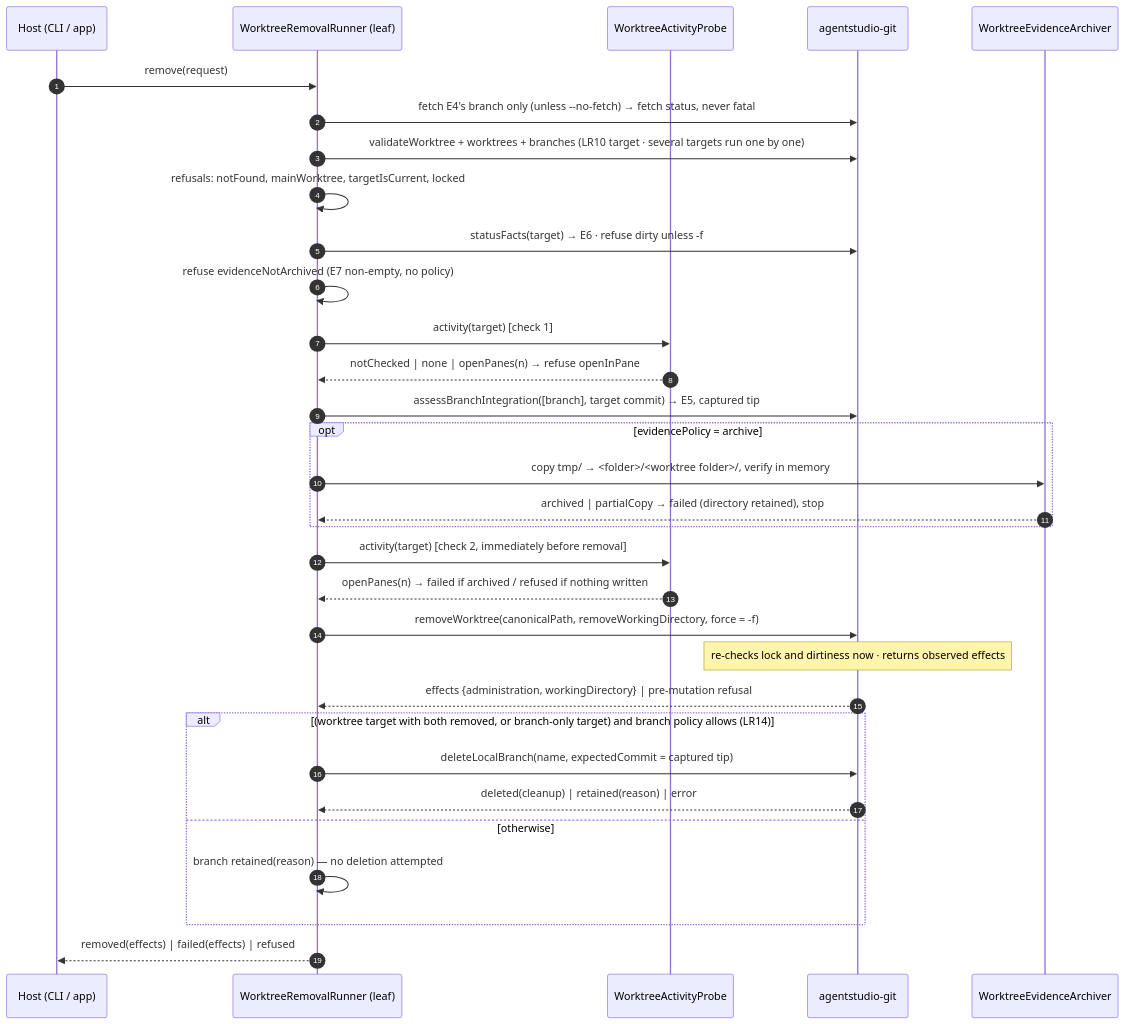
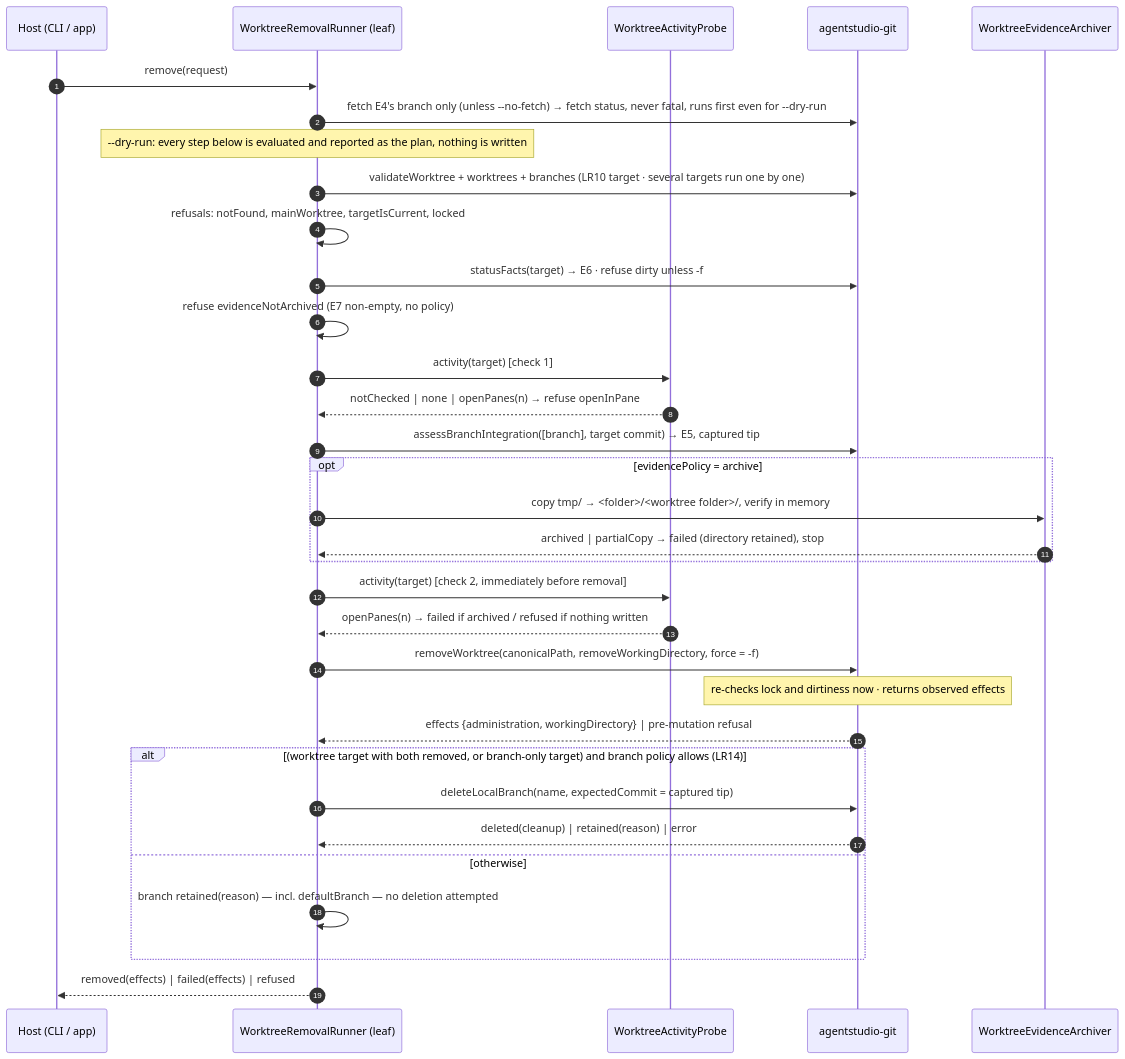
The fifth of 8 diagrams in docs/specs/2026-09-30-worktree-lifecycle/2026-09-30-worktree-lifecycle-program-design.md (getagentstudio/agentstudio), drawn with Mermaid before and after one commit. The commit also changed other lines of this file and 1 other file, not shown here.

Commit message:
Settle fetch effects, lock facts, several-target results and default-branch scope

````diff
--- a/docs/specs/2026-09-30-worktree-lifecycle/2026-09-30-worktree-lifecycle-program-design.md
+++ b/docs/specs/2026-09-30-worktree-lifecycle/2026-09-30-worktree-lifecycle-program-design.md
@@ -414,34 +439,35 @@
 ```mermaid
 sequenceDiagram
   autonumber
   participant H as Host (CLI / app)
   participant R as WorktreeRemovalRunner (leaf)
   participant P as WorktreeActivityProbe
   participant G as agentstudio-git
   participant A as WorktreeEvidenceArchiver
   H->>R: remove(request)
-  R->>G: fetch E4's branch only (unless --no-fetch) → fetch status, never fatal
+  R->>G: fetch E4's branch only (unless --no-fetch) → fetch status, never fatal, runs first even for --dry-run
+  Note over R: --dry-run: every step below is evaluated and reported as the plan, nothing is written
   R->>G: validateWorktree + worktrees + branches (LR10 target · several targets run one by one)
   R->>R: refusals: notFound, mainWorktree, targetIsCurrent, locked
   R->>G: statusFacts(target) → E6 · refuse dirty unless -f
   R->>R: refuse evidenceNotArchived (E7 non-empty, no policy)
   R->>P: activity(target)   [check 1]
   P-->>R: notChecked | none | openPanes(n) → refuse openInPane
   R->>G: assessBranchIntegration([branch], target commit) → E5, captured tip
   opt evidencePolicy = archive
     R->>A: copy tmp/ → <folder>/<worktree folder>/, verify in memory
     A-->>R: archived | partialCopy → failed (directory retained), stop
   end
   R->>P: activity(target)   [check 2, immediately before removal]
   P-->>R: openPanes(n) → failed if archived / refused if nothing written
   R->>G: removeWorktree(canonicalPath, removeWorkingDirectory, force = -f)
   Note over G: re-checks lock and dirtiness now · returns observed effects
   G-->>R: effects {administration, workingDirectory} | pre-mutation refusal
   alt (worktree target with both removed, or branch-only target) and branch policy allows (LR14)
     R->>G: deleteLocalBranch(name, expectedCommit = captured tip)
     G-->>R: deleted(cleanup) | retained(reason) | error
   else otherwise
-    R->>R: branch retained(reason) — no deletion attempted
+    R->>R: branch retained(reason) — incl. defaultBranch — no deletion attempted
   end
   R-->>H: removed(effects) | failed(effects) | refused
 ```
````
